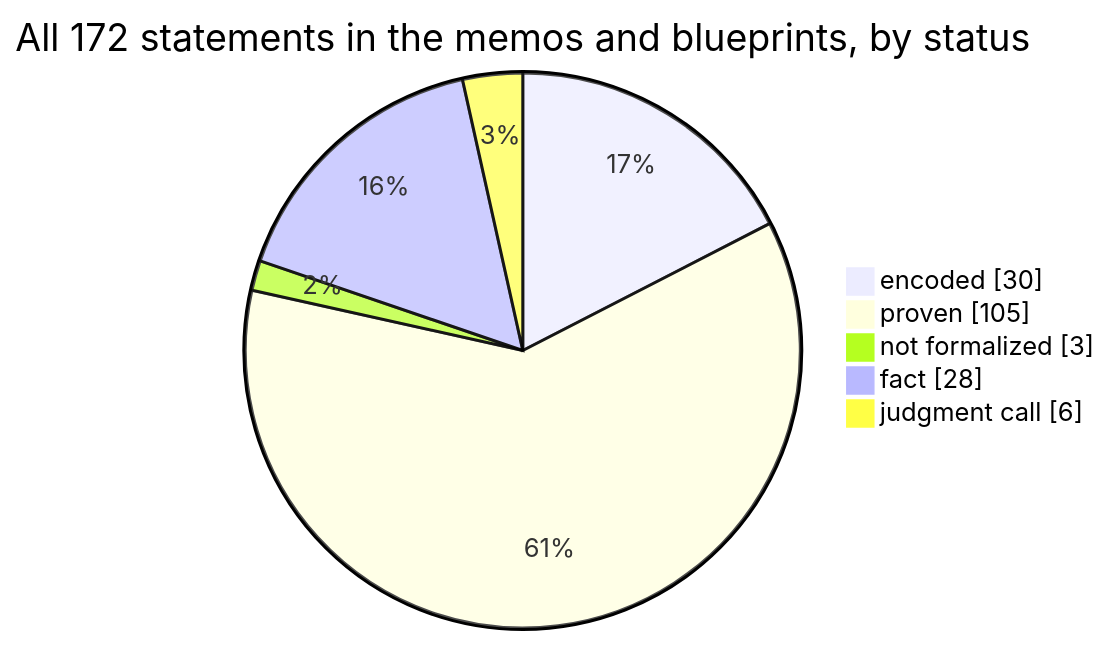
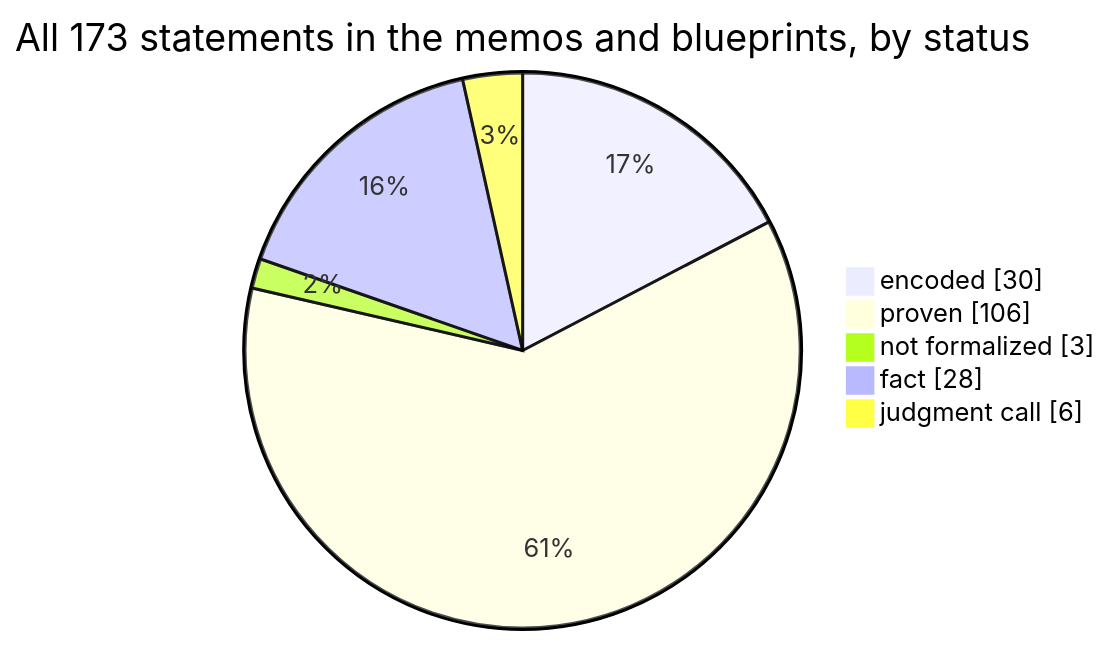
One commit to SeanWMurray/Canteen changed the first of 4 diagrams in docs/graphs/dashboard.md. Above: the diagram before and after it, drawn with Mermaid. The commit also changed other lines of this file and 14 other files, not shown here.

````diff
--- a/docs/graphs/dashboard.md
+++ b/docs/graphs/dashboard.md
@@ -11,8 +11,8 @@
 ```mermaid
-pie showData title All 172 statements in the memos and blueprints, by status
+pie showData title All 173 statements in the memos and blueprints, by status
     "encoded" : 30
-    "proven" : 105
+    "proven" : 106
     "not formalized" : 3
     "fact" : 28
     "judgment call" : 6
 ```
````
